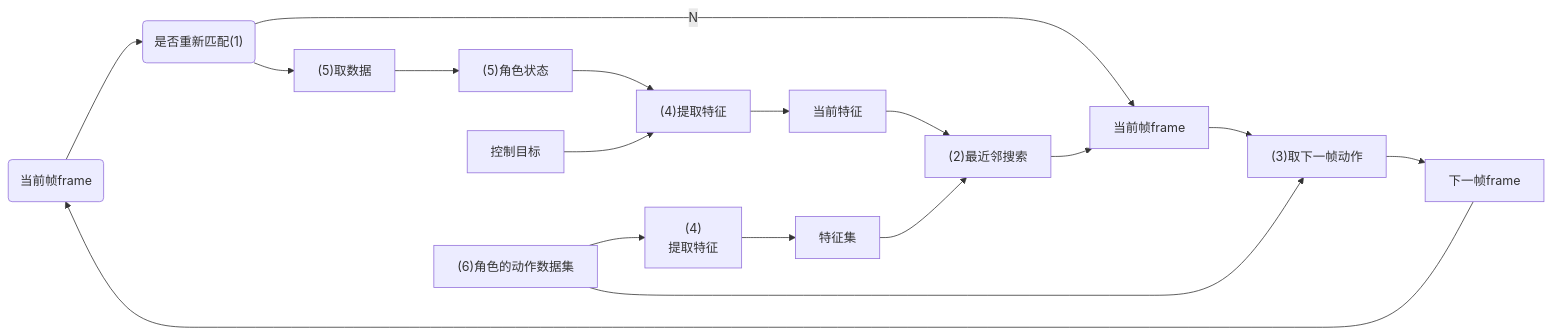
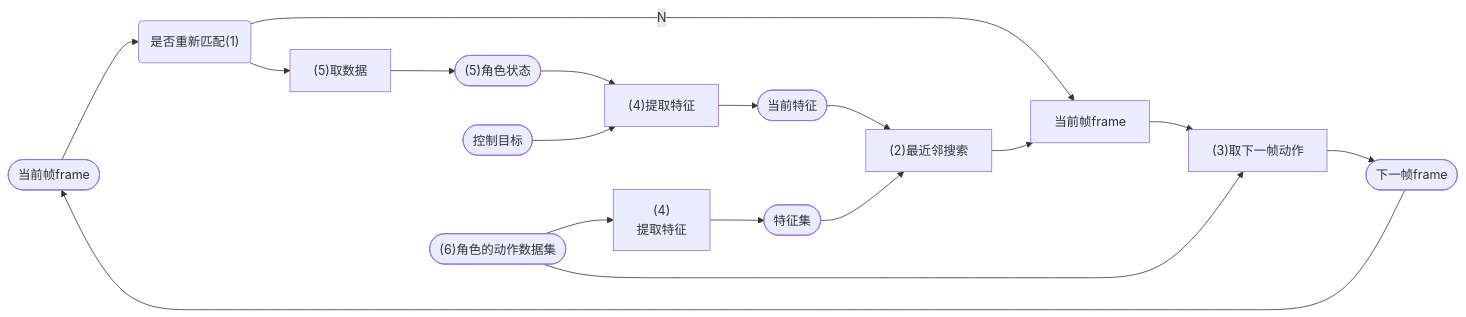
One commit to CaterpillarStudyGroup/ImportantArticles changed the third of 8 diagrams in src/MeshAnimation/SkeletonProxy/Locomotion.md. Above: the diagram before and after it, drawn with Mermaid. The commit also changed other lines of this file and 1 other file, not shown here.

````diff
--- a/src/MeshAnimation/SkeletonProxy/Locomotion.md
+++ b/src/MeshAnimation/SkeletonProxy/Locomotion.md
@@ -76,21 +76,21 @@
 ```mermaid
 flowchart LR
-A(当前帧frame) --> B("是否重新匹配(1)")
+A([当前帧frame]) --> B("是否重新匹配(1)")
     B -->|"N"|C[当前帧frame]
     C --> D["(3)取下一帧动作"]
-    D --> E[下一帧frame]
+    D --> E([下一帧frame])
     E --> A
-    F --> G["(5)角色状态"]
-    H[控制目标]
+    F --> G(["(5)角色状态"])
+    H([控制目标])
     G --> I["(4)提取特征"]
     H --> I
-    I --> N[当前特征]
+    I --> N([当前特征])
     N -->J["(2)最近邻搜索"]
     J -->C
     B --> F["(5)取数据"]
-    K["(6)角色的动作数据集"]
+    K(["(6)角色的动作数据集"])
     K --> L["(4)<br>提取特征"]
-    L --> M["特征集"]
+    L --> M(["特征集"])
     M --> J
     K --> D
 ```
````
